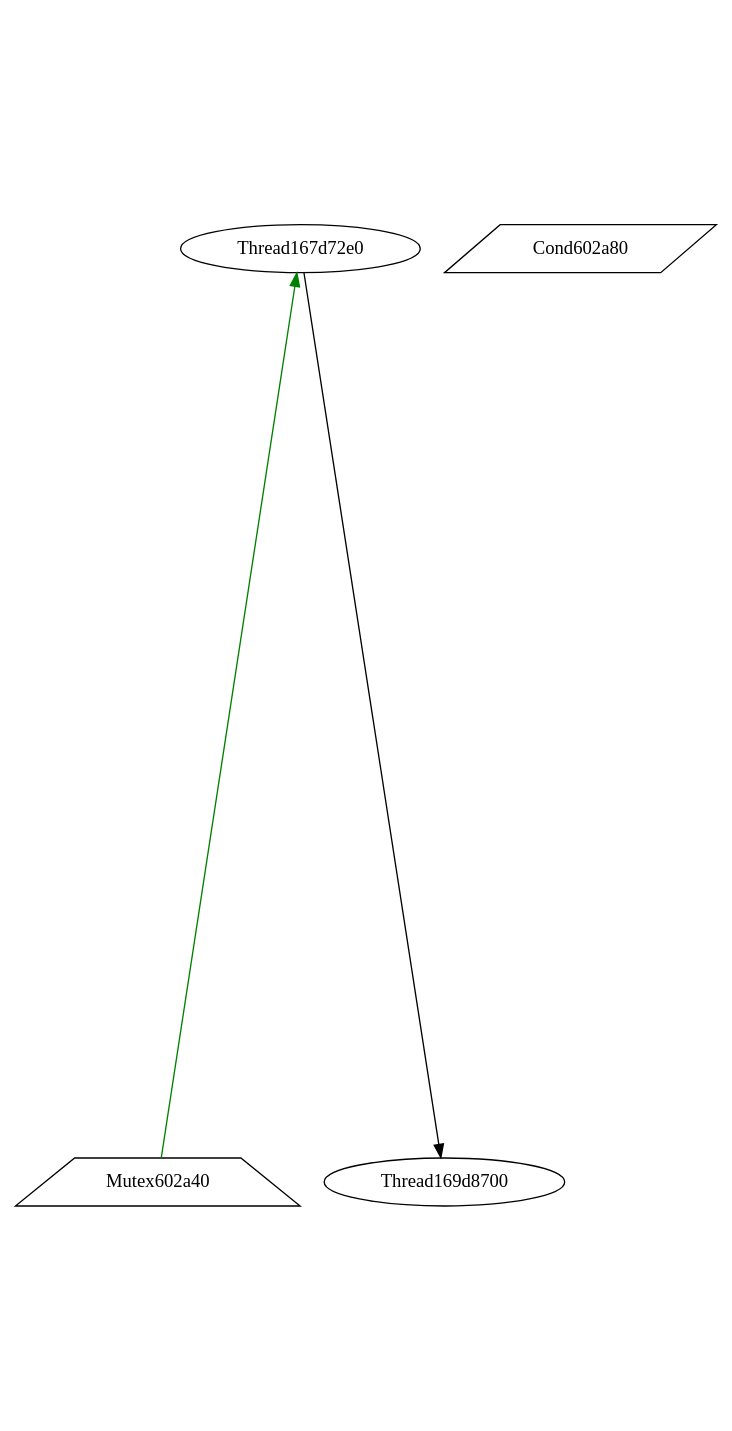
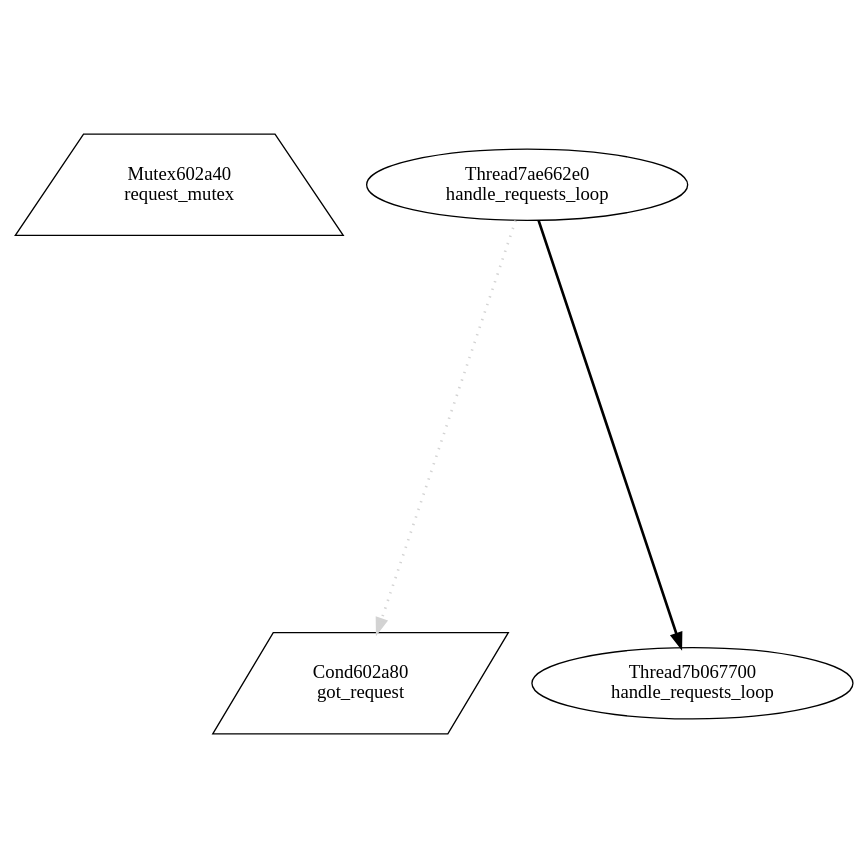
One commit to v4o6/cs410 changed the diagram in view/dot/graph005.dot. Above: the diagram before and after it, drawn with Graphviz. The commit also changed 289 other files, not shown here.

```diff
--- a/view/dot/graph005.dot
+++ b/view/dot/graph005.dot
@@ -1,9 +1,9 @@
 digraph G {
-graph[center=true, ratio=2];
-Mutex602a40 [shape=trapezium,color=black];
-Cond602a80 [shape=parallelogram,color=black];
-Thread169d8700 [color=black];
-Thread167d72e0 [color=black];
-Thread167d72e0 -> Mutex602a40 [arrowhead=normal,color=green,dir=back];
-Thread167d72e0 -> Thread169d8700 [arrowhead=normal];
+graph[center=true, ratio=1];
+Mutex602a40 [shape=trapezium,color=black,label="Mutex602a40\nrequest_mutex"];
+Cond602a80 [shape=parallelogram,color=black,label="Cond602a80\ngot_request"];
+Thread7ae662e0 [color=black,label="Thread7ae662e0\nhandle_requests_loop"];
+Thread7ae662e0 -> Cond602a80 [style=dotted,color=lightgray,penwidth=2];
+Thread7ae662e0 -> Thread7b067700 [arrowhead=normal,penwidth=2];
+Thread7b067700 [color=black,label="Thread7b067700\nhandle_requests_loop"];
 }
```
